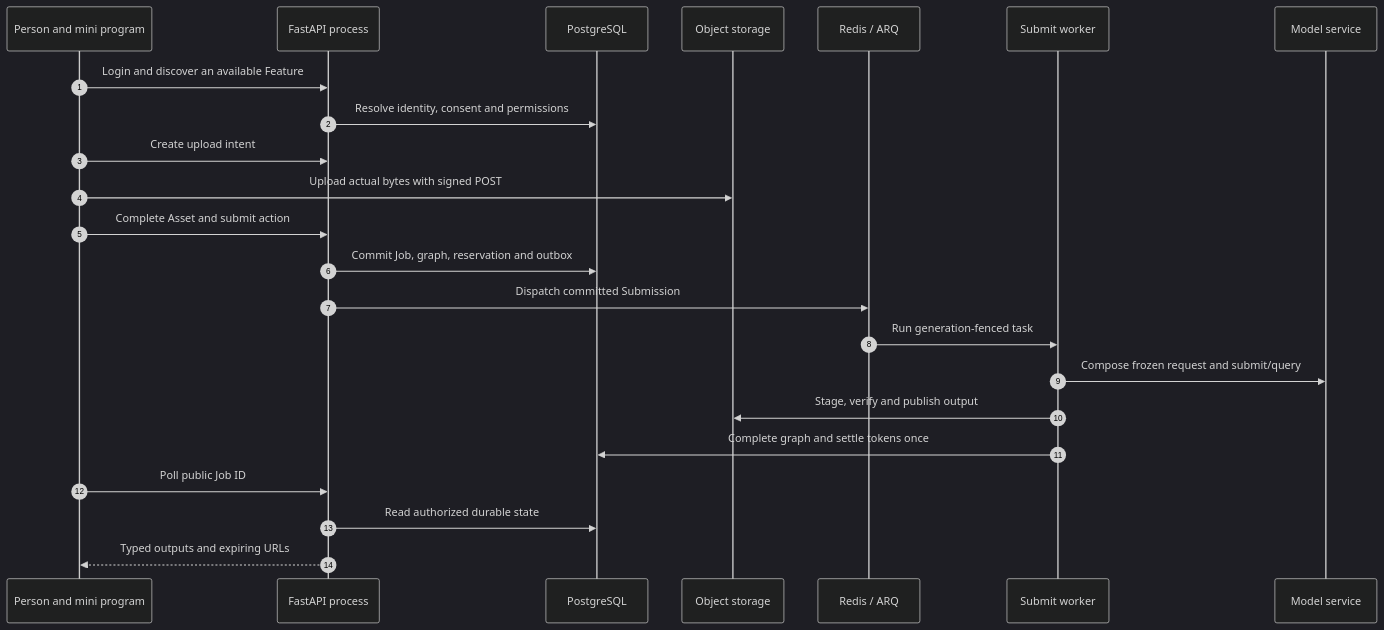
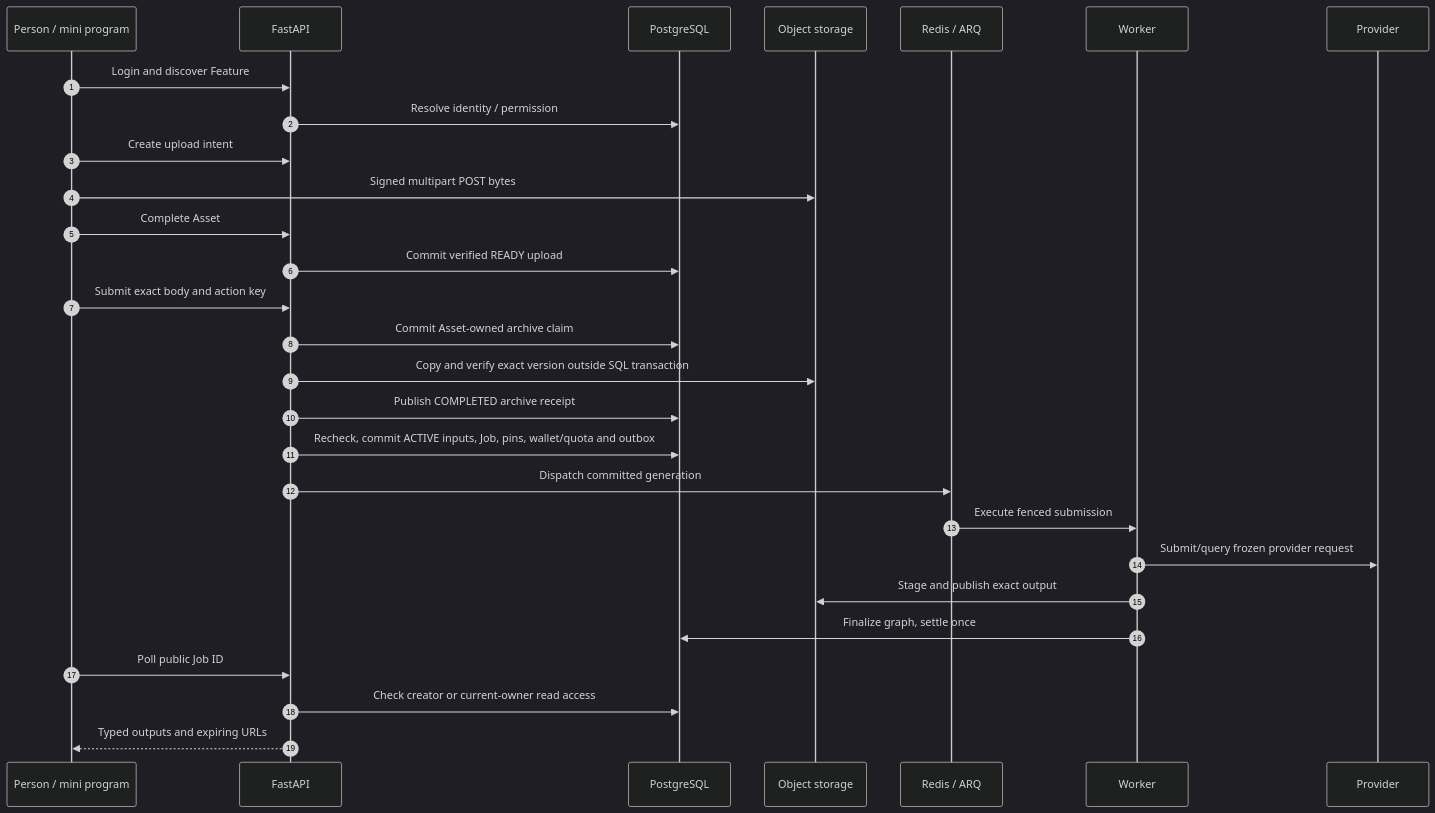
Before and after one commit to Orientation-CD/docs: the first of 2 diagrams in reference/system-walkthrough.md, drawn with Mermaid (dark theme). The commit also changed other lines of this file and 187 other files, not shown here.

````diff
--- a/reference/system-walkthrough.md
+++ b/reference/system-walkthrough.md
@@ -11,25 +11,30 @@
 ```mermaid
 sequenceDiagram
   autonumber
-  participant U as Person and mini program
-  participant API as FastAPI process
-  participant DB as PostgreSQL
+  participant U as Person / mini program
+  participant A as FastAPI
+  participant D as PostgreSQL
   participant O as Object storage
   participant Q as Redis / ARQ
-  participant W as Submit worker
-  participant P as Model service
-  U->>API: Login and discover an available Feature
-  API->>DB: Resolve identity, consent and permissions
-  U->>API: Create upload intent
-  U->>O: Upload actual bytes with signed POST
-  U->>API: Complete Asset and submit action
-  API->>DB: Commit Job, graph, reservation and outbox
-  API->>Q: Dispatch committed Submission
-  Q->>W: Run generation-fenced task
-  W->>P: Compose frozen request and submit/query
-  W->>O: Stage, verify and publish output
-  W->>DB: Complete graph and settle tokens once
-  U->>API: Poll public Job ID
-  API->>DB: Read authorized durable state
-  API-->>U: Typed outputs and expiring URLs
+  participant W as Worker
+  participant P as Provider
+  U->>A: Login and discover Feature
+  A->>D: Resolve identity / permission
+  U->>A: Create upload intent
+  U->>O: Signed multipart POST bytes
+  U->>A: Complete Asset
+  A->>D: Commit verified READY upload
+  U->>A: Submit exact body and action key
+  A->>D: Commit Asset-owned archive claim
+  A->>O: Copy and verify exact version outside SQL transaction
+  A->>D: Publish COMPLETED archive receipt
+  A->>D: Recheck, commit ACTIVE inputs, Job, pins, wallet/quota and outbox
+  A->>Q: Dispatch committed generation
+  Q->>W: Execute fenced submission
+  W->>P: Submit/query frozen provider request
+  W->>O: Stage and publish exact output
+  W->>D: Finalize graph, settle once
+  U->>A: Poll public Job ID
+  A->>D: Check creator or current-owner read access
+  A-->>U: Typed outputs and expiring URLs
 ```
````
